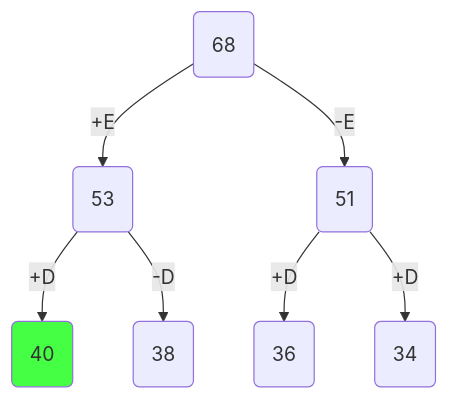
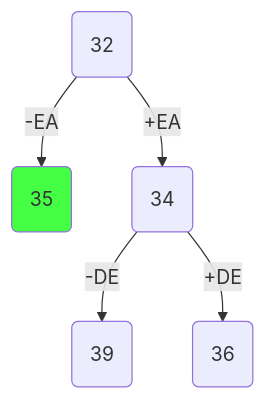
One commit to hse-algo-24-owl/manual-tasks-owl changed the fifth of 9 diagrams in nevermind.md. Above: the diagram before and after it, drawn with Mermaid. The commit also changed other lines of this file, not shown here.

````diff
--- a/nevermind.md
+++ b/nevermind.md
@@ -96,18 +158,15 @@
-``` mermaid
+```mermaid
 flowchart TD
-A(68)
-B(53)
-C(51)
-D(40)
-E(38)
-F(36)
-G(34)
-A -- +E--> B
-A -- -E--> C
-B -- +D--> D
-B -- -D--> E
-C -- +D--> F
-C -- +D--> G
+A(32)
+B(35)
+C(34)
+D(39)
+E(36)
 
-style D fill:#4f4f
+A -- -EA --> B
+A -- +EA --> C
+C -- -DE --> D
+C -- +DE --> E
+
+style B fill:#4f4f
 ```
````
